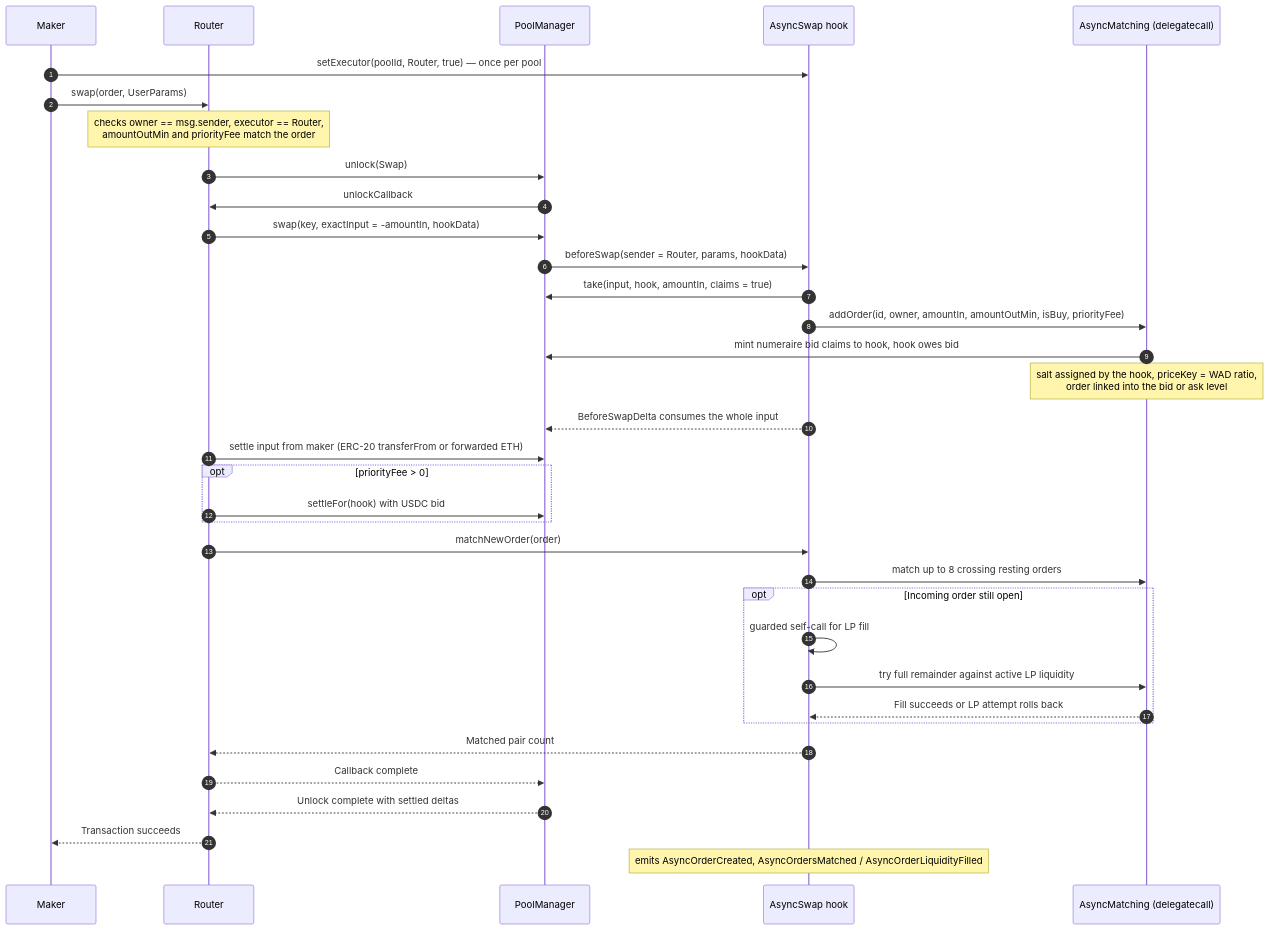
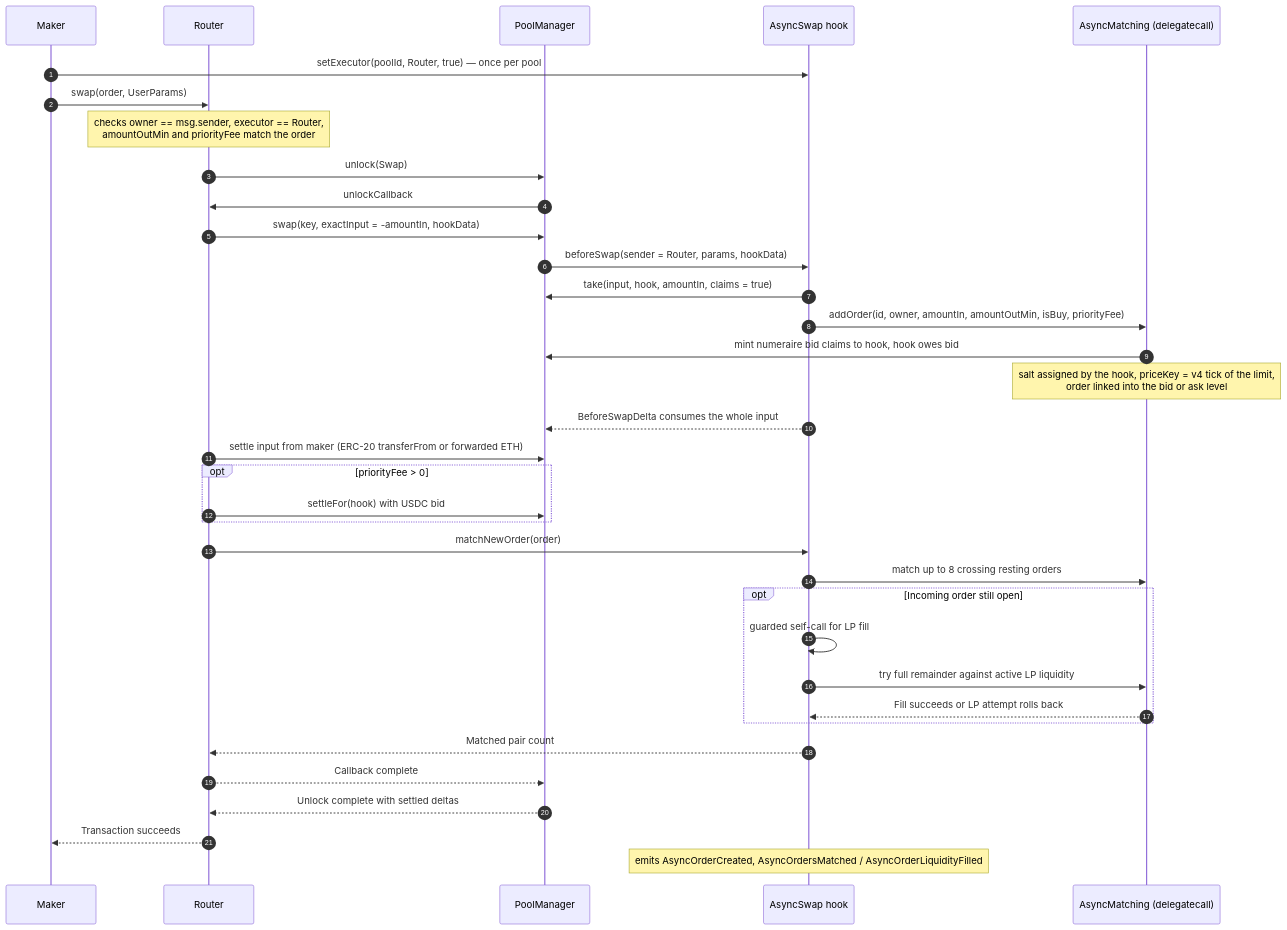
The third of 5 diagrams in docs/protocol.md (asyncswap/contracts), drawn with Mermaid before and after one commit. The commit also changed other lines of this file and 85 other files, not shown here.

Commit message:
Fix AuditAgent report 2: exact price priority, repriced bid floor, cancel replay (#33)

````diff
--- a/docs/protocol.md
+++ b/docs/protocol.md
@@ -119,38 +119,38 @@
 ```mermaid
 sequenceDiagram
     autonumber
     participant M as Maker
     participant R as Router
     participant PM as PoolManager
     participant H as AsyncSwap hook
     participant AM as AsyncMatching (delegatecall)
 
     M->>H: setExecutor(poolId, Router, true) — once per pool
     M->>R: swap(order, UserParams)
     Note over R: checks owner == msg.sender, executor == Router,<br/>amountOutMin and priorityFee match the order
     R->>PM: unlock(Swap)
     PM->>R: unlockCallback
     R->>PM: swap(key, exactInput = -amountIn, hookData)
     PM->>H: beforeSwap(sender = Router, params, hookData)
     H->>PM: take(input, hook, amountIn, claims = true)
     H->>AM: addOrder(id, owner, amountIn, amountOutMin, isBuy, priorityFee)
     AM->>PM: mint numeraire bid claims to hook, hook owes bid
-    Note over AM: salt assigned by the hook, priceKey = WAD ratio,<br/>order linked into the bid or ask level
+    Note over AM: salt assigned by the hook, priceKey = v4 tick of the limit,<br/>order linked into the bid or ask level
     H-->>PM: BeforeSwapDelta consumes the whole input
     R->>PM: settle input from maker (ERC-20 transferFrom or forwarded ETH)
     opt priorityFee > 0
         R->>PM: settleFor(hook) with USDC bid
     end
     R->>H: matchNewOrder(order)
     H->>AM: match up to 8 crossing resting orders
     opt Incoming order still open
         H->>H: guarded self-call for LP fill
         H->>AM: try full remainder against active LP liquidity
         AM-->>H: Fill succeeds or LP attempt rolls back
     end
     H-->>R: Matched pair count
     R-->>PM: Callback complete
     PM-->>R: Unlock complete with settled deltas
     R-->>M: Transaction succeeds
     Note over H: emits AsyncOrderCreated, AsyncOrdersMatched / AsyncOrderLiquidityFilled
 ```
````
